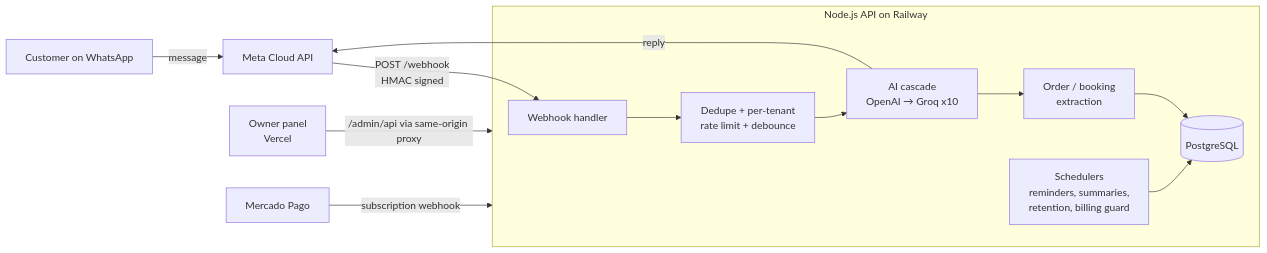
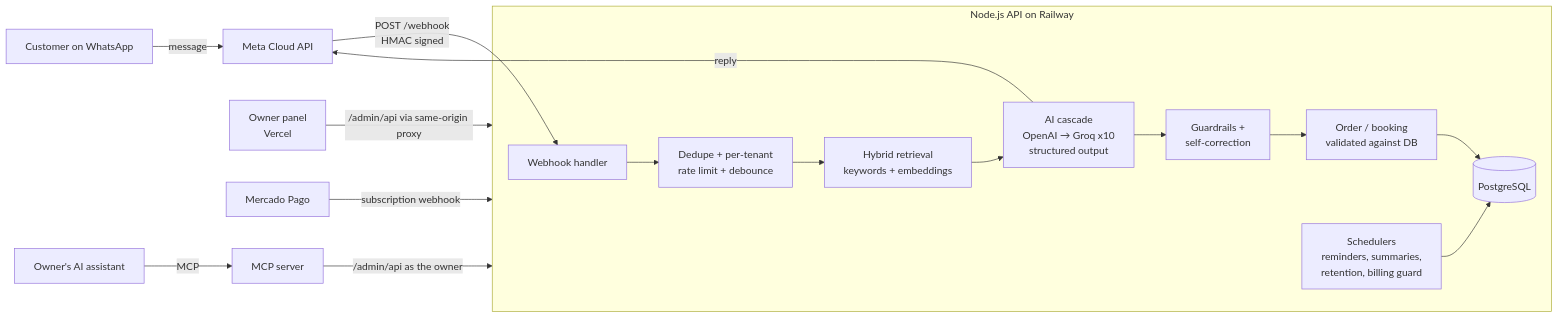
One commit to darkslipx/zapsync-showcase changed the diagram in README.md. Above: the diagram before and after it, drawn with Mermaid. The commit also changed other lines of this file, not shown here.

Commit message:
README: AI engineering section (pipeline, hybrid RAG, guardrails, evals, MCP, CI)

````diff
--- a/README.md
+++ b/README.md
@@ -41,15 +46,18 @@
 ```mermaid
 flowchart LR
   C[Customer on WhatsApp] -->|message| M[Meta Cloud API]
   M -->|POST /webhook<br/>HMAC signed| W[Webhook handler]
   subgraph API[Node.js API on Railway]
     W --> D[Dedupe + per-tenant<br/>rate limit + debounce]
-    D --> AI[AI cascade<br/>OpenAI → Groq x10]
-    AI --> X[Order / booking<br/>extraction]
+    D --> R[Hybrid retrieval<br/>keywords + embeddings]
+    R --> AI[AI cascade<br/>OpenAI → Groq x10<br/>structured output]
+    AI --> G[Guardrails +<br/>self-correction]
+    G --> X[Order / booking<br/>validated against DB]
     X --> DB[(PostgreSQL)]
     S[Schedulers<br/>reminders, summaries,<br/>retention, billing guard] --> DB
   end
   AI -->|reply| M
   P[Owner panel<br/>Vercel] -->|/admin/api via same-origin proxy| API
   MP[Mercado Pago] -->|subscription webhook| API
+  O[Owner's AI assistant] -->|MCP| MC[MCP server] -->|/admin/api as the owner| API
 ```
````
